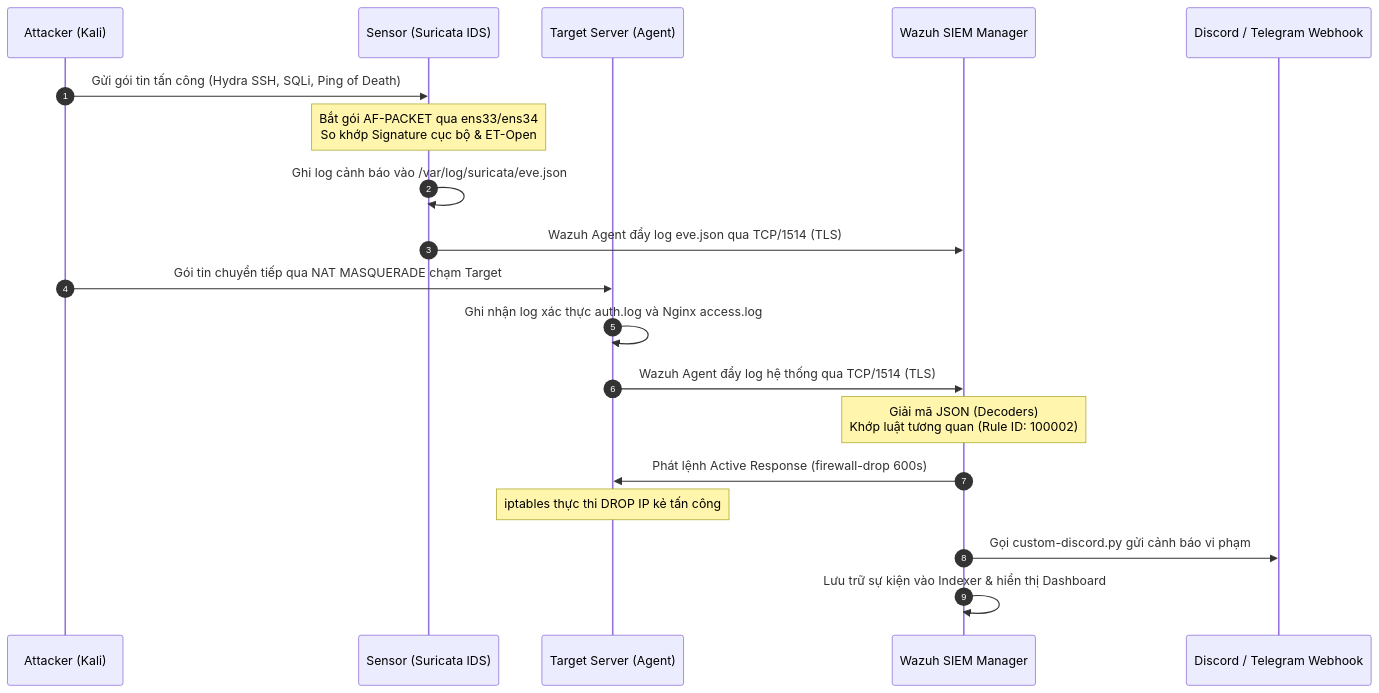
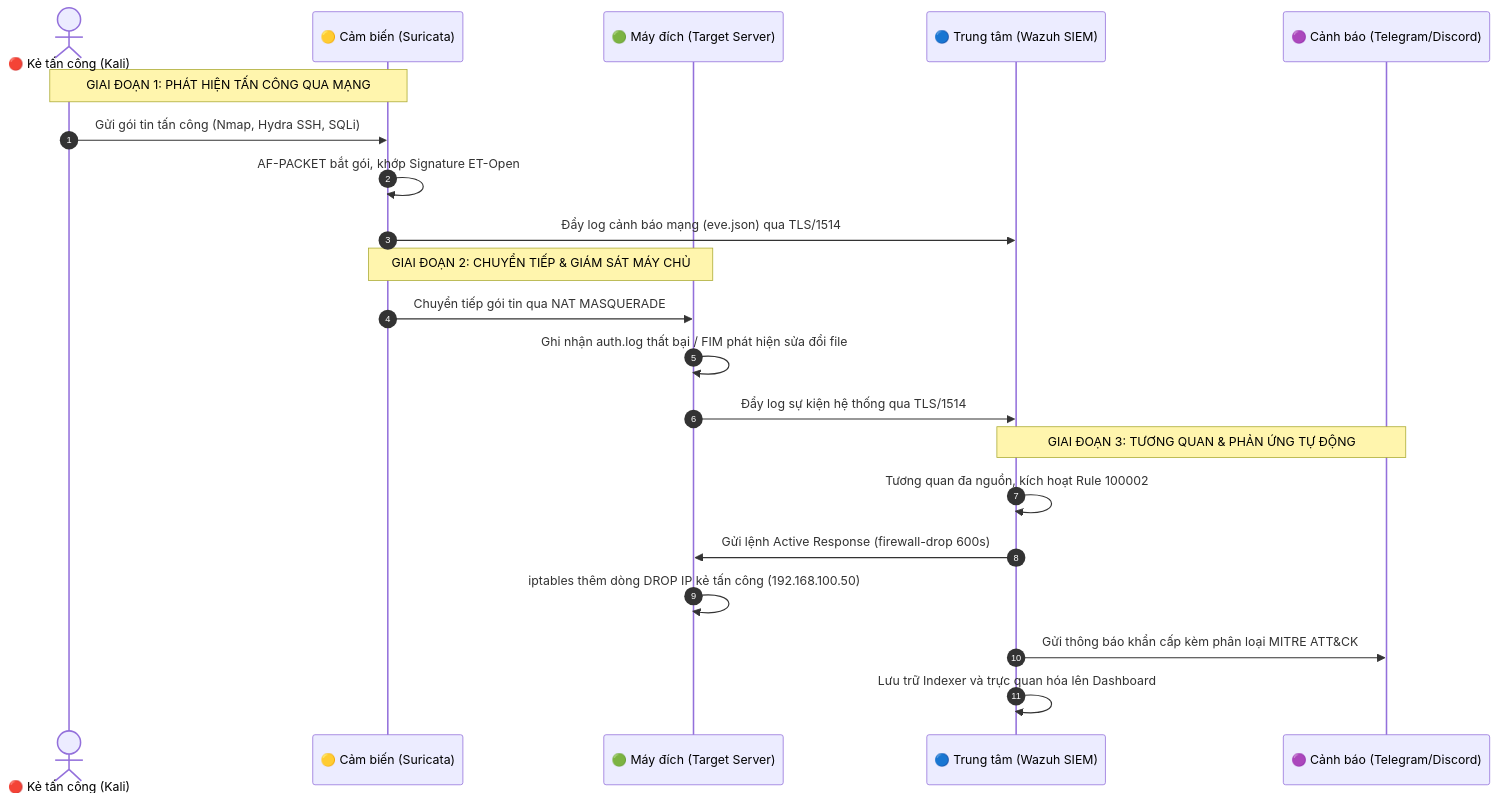
Before and after one commit to Team16S/soc-lab-wazuh-suricata: the second of 2 diagrams in README.md, drawn with Mermaid. The commit also changed other lines of this file, not shown here.

Commit message:
docs: update README with project setup and configuration details

````diff
--- a/README.md
+++ b/README.md
@@ -118,25 +121,26 @@
 ```mermaid
 sequenceDiagram
     autonumber
-    participant K as Attacker (Kali)
-    participant S as Sensor (Suricata IDS)
-    participant T as Target Server (Agent)
-    participant M as Wazuh SIEM Manager
-    participant D as Discord / Telegram Webhook
+    actor Kali as 🔴 Kẻ tấn công (Kali)
+    participant Sensor as 🟡 Cảm biến (Suricata)
+    participant Target as 🟢 Máy đích (Target Server)
+    participant SIEM as 🔵 Trung tâm (Wazuh SIEM)
+    participant Alert as 🟣 Cảnh báo (Telegram/Discord)
 
-    K->>S: Gửi gói tin tấn công (Hydra SSH, SQLi, Ping of Death)
-    Note over S: Bắt gói AF-PACKET qua ens33/ens34<br/>So khớp Signature cục bộ & ET-Open
-    S->>S: Ghi log cảnh báo vào /var/log/suricata/eve.json
-    S->>M: Wazuh Agent đẩy log eve.json qua TCP/1514 (TLS)
-    
-    K->>T: Gói tin chuyển tiếp qua NAT MASQUERADE chạm Target
-    T->>T: Ghi nhận log xác thực auth.log và Nginx access.log
-    T->>M: Wazuh Agent đẩy log hệ thống qua TCP/1514 (TLS)
-    
-    Note over M: Giải mã JSON (Decoders)<br/>Khớp luật tương quan (Rule ID: 100002)
-    M->>T: Phát lệnh Active Response (firewall-drop 600s)
-    Note over T: iptables thực thi DROP IP kẻ tấn công
-    
-    M->>D: Gọi custom-discord.py gửi cảnh báo vi phạm
-    M->>M: Lưu trữ sự kiện vào Indexer & hiển thị Dashboard
+    Note over Kali,Sensor: GIAI ĐOẠN 1: PHÁT HIỆN TẤN CÔNG QUA MẠNG
+    Kali->>Sensor: Gửi gói tin tấn công (Nmap, Hydra SSH, SQLi)
+    Sensor->>Sensor: AF-PACKET bắt gói, khớp Signature ET-Open
+    Sensor->>SIEM: Đẩy log cảnh báo mạng (eve.json) qua TLS/1514
+
+    Note over Sensor,Target: GIAI ĐOẠN 2: CHUYỂN TIẾP & GIÁM SÁT MÁY CHỦ
+    Sensor->>Target: Chuyển tiếp gói tin qua NAT MASQUERADE
+    Target->>Target: Ghi nhận auth.log thất bại / FIM phát hiện sửa đổi file
+    Target->>SIEM: Đẩy log sự kiện hệ thống qua TLS/1514
+
+    Note over SIEM,Alert: GIAI ĐOẠN 3: TƯƠNG QUAN & PHẢN ỨNG TỰ ĐỘNG
+    SIEM->>SIEM: Tương quan đa nguồn, kích hoạt Rule 100002
+    SIEM->>Target: Gửi lệnh Active Response (firewall-drop 600s)
+    Target->>Target: iptables thêm dòng DROP IP kẻ tấn công (192.168.100.50)
+    SIEM->>Alert: Gửi thông báo khẩn cấp kèm phân loại MITRE ATT&CK
+    SIEM->>SIEM: Lưu trữ Indexer và trực quan hóa lên Dashboard
 ```
````
